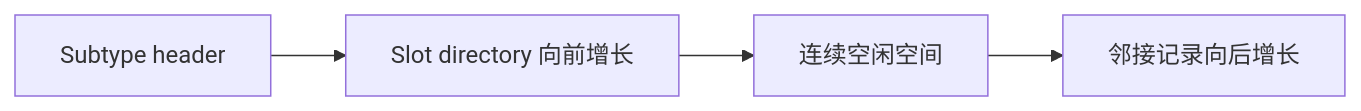
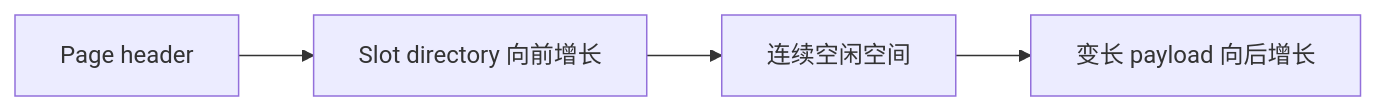
Before and after one commit to nexepic/zyx: the second of 3 diagrams in docs/apps/docs/content/docs/zh/zyx/architecture/segment-storage-vnext.mdx, drawn with Mermaid. The commit also changed other lines of this file and 1 other file, not shown here.

````diff
--- a/docs/apps/docs/content/docs/zh/zyx/architecture/segment-storage-vnext.mdx
+++ b/docs/apps/docs/content/docs/zh/zyx/architecture/segment-storage-vnext.mdx
@@ -112,6 +172,6 @@
 ```mermaid
 flowchart LR
-    H["Subtype header"] --> S["Slot directory 向前增长"]
+    H["Page header"] --> S["Slot directory 向前增长"]
     S --> F["连续空闲空间"]
-    F --> R["邻接记录向后增长"]
+    F --> P["变长 payload 向后增长"]
 ```
````
